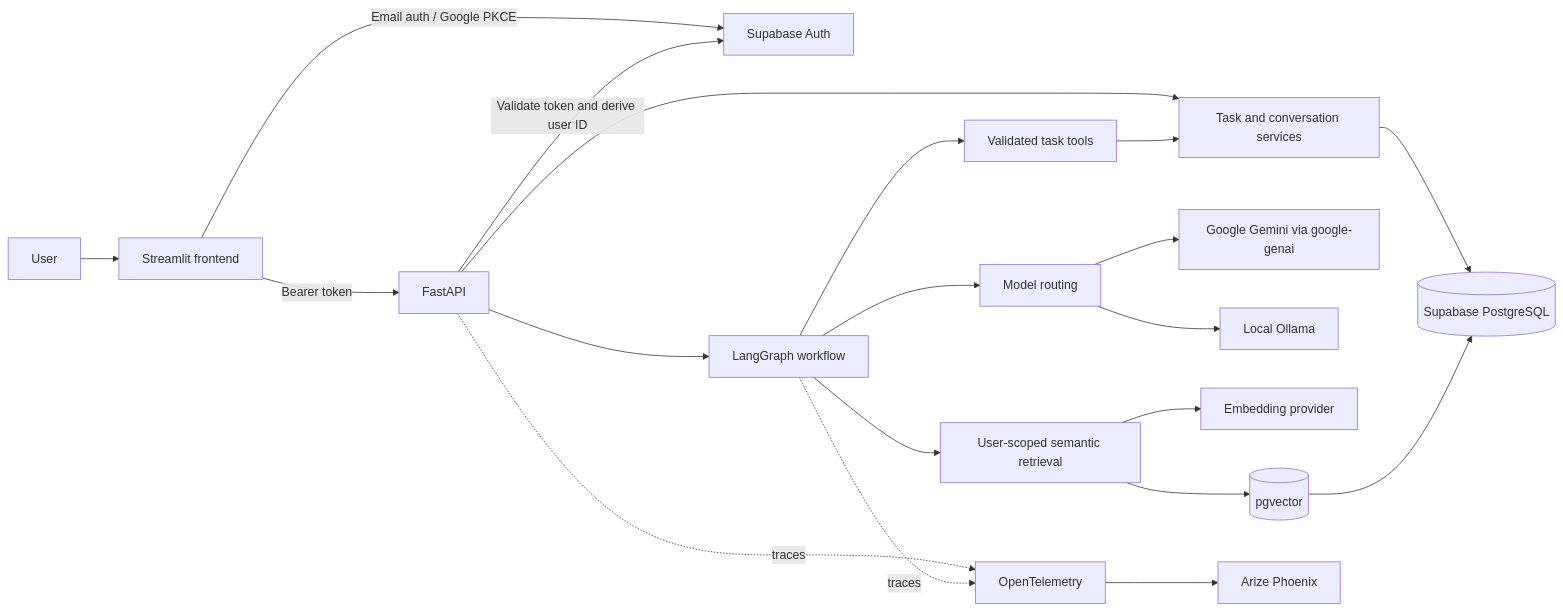
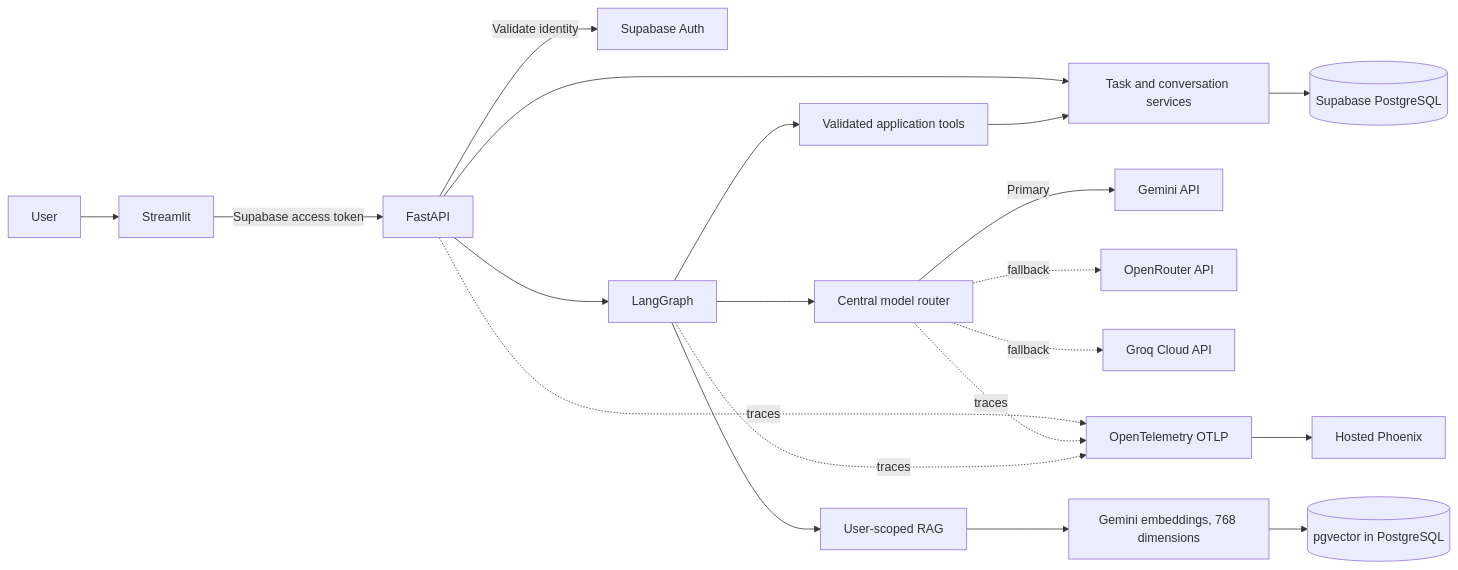
One commit to alicenkbaytop/TaskFlow changed the diagram in README.md. Above: the diagram before and after it, drawn with Mermaid. The commit also changed other lines of this file and 36 other files, not shown here.

````diff
--- a/README.md
+++ b/README.md
@@ -31,22 +19,22 @@
 ```mermaid
 flowchart LR
-    User[User] --> UI[Streamlit frontend]
-    UI -->|Email auth / Google PKCE| Auth[Supabase Auth]
-    UI -->|Bearer token| API[FastAPI]
-    API -->|Validate token and derive user ID| Auth
-    API --> Tasks[Task and conversation services]
-    Tasks --> DB[(Supabase PostgreSQL)]
-    API --> Agent[LangGraph workflow]
-    Agent --> Router[Model routing]
-    Router --> Gemini[Google Gemini via google-genai]
-    Router --> Ollama[Local Ollama]
-    Agent --> Tools[Validated task tools]
+    User --> Streamlit
+    Streamlit -->|Supabase access token| FastAPI
+    FastAPI -->|Validate identity| SupabaseAuth[Supabase Auth]
+    FastAPI --> Tasks[Task and conversation services]
+    Tasks --> Postgres[(Supabase PostgreSQL)]
+    Agent[LangGraph] --> Router[Central model router]
+    FastAPI --> Agent
+    Router -->|Primary| Gemini[Gemini API]
+    Router -. fallback .-> OpenRouter[OpenRouter API]
+    Router -. fallback .-> Groq[Groq Cloud API]
+    Agent --> Tools[Validated application tools]
     Tools --> Tasks
-    Agent --> Retrieval[User-scoped semantic retrieval]
-    Retrieval --> Embed[Embedding provider]
-    Retrieval --> Vector[(pgvector)]
-    Vector --> DB
-    API -. traces .-> OTel[OpenTelemetry]
+    Agent --> Retrieval[User-scoped RAG]
+    Retrieval --> GeminiEmbed[Gemini embeddings, 768 dimensions]
+    GeminiEmbed --> Vectors[(pgvector in PostgreSQL)]
+    OTel[OpenTelemetry OTLP] --> Phoenix[Hosted Phoenix]
+    FastAPI -. traces .-> OTel
+    Router -. traces .-> OTel
     Agent -. traces .-> OTel
-    OTel --> Phoenix[Arize Phoenix]
 ```
````
